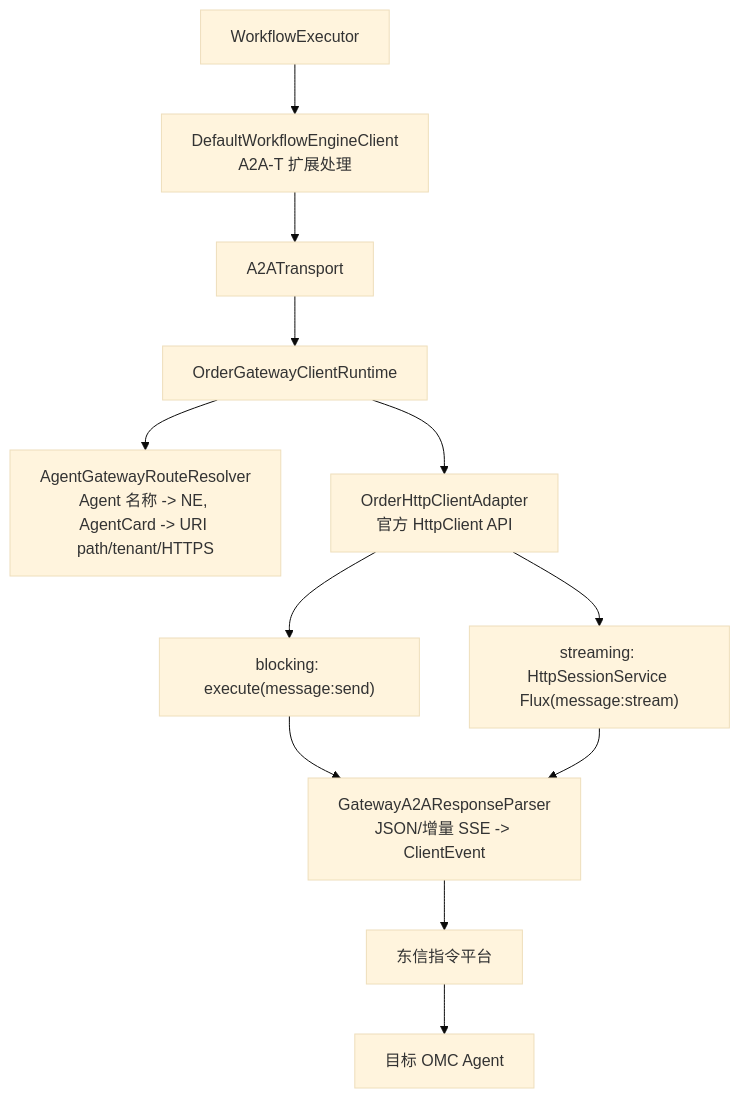
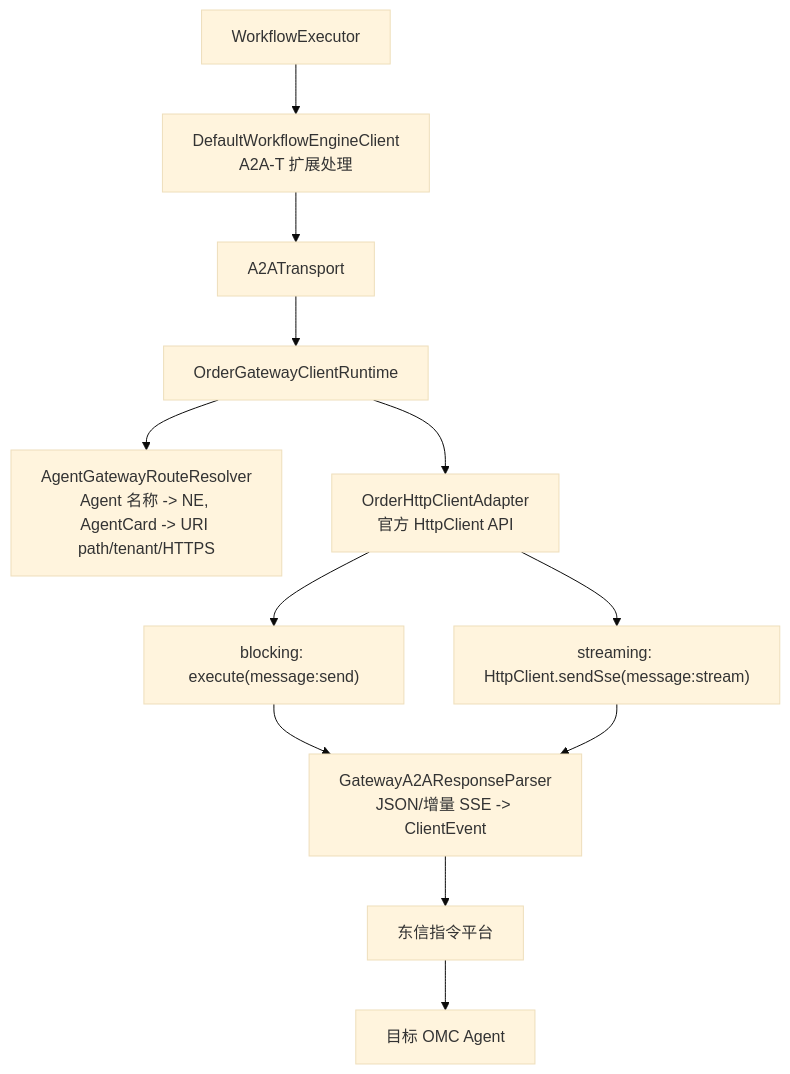
Before and after one commit to Zhoujie628/workflow-engine-sdk-java: the diagram in docs/zh/指令平台适配指南.md, drawn with Mermaid (base theme). The commit also changed other lines of this file and 2 other files, not shown here.

````diff
--- a/docs/zh/指令平台适配指南.md
+++ b/docs/zh/指令平台适配指南.md
@@ -26,22 +26,22 @@
 ```mermaid
 graph TD
     WE["WorkflowExecutor"]
     DWEC["DefaultWorkflowEngineClient<br/>A2A-T 扩展处理"]
     AT["A2ATransport"]
     OGCR["OrderGatewayClientRuntime"]
     AGRR["AgentGatewayRouteResolver<br/>Agent 名称 -> NE, AgentCard -> URI path/tenant/HTTPS"]
     OHC["OrderHttpClientAdapter<br/>官方 HttpClient API"]
     BLOCK["blocking: execute(message:send)"]
-    STREAM["streaming: HttpSessionService Flux(message:stream)"]
+    STREAM["streaming: HttpClient.sendSse(message:stream)"]
     GARP["GatewayA2AResponseParser<br/>JSON/增量 SSE -> ClientEvent"]
     PLATFORM["东信指令平台"]
     OMC["目标 OMC Agent"]
     WE --> DWEC --> AT --> OGCR
     OGCR --> AGRR
     OGCR --> OHC
     OHC --> BLOCK
     OHC --> STREAM
     BLOCK --> GARP
     STREAM --> GARP
     GARP --> PLATFORM --> OMC
 ```
````
